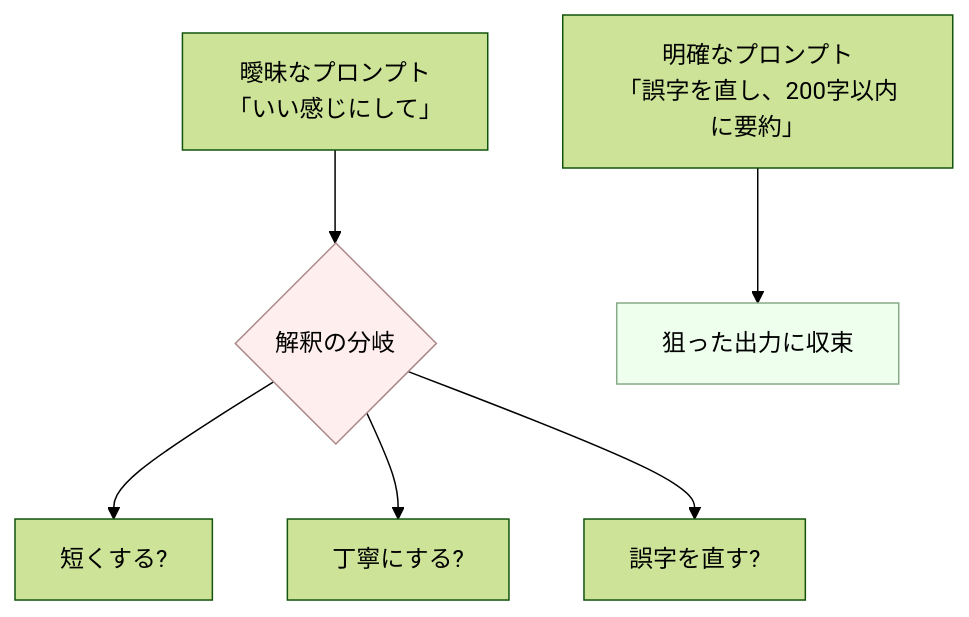
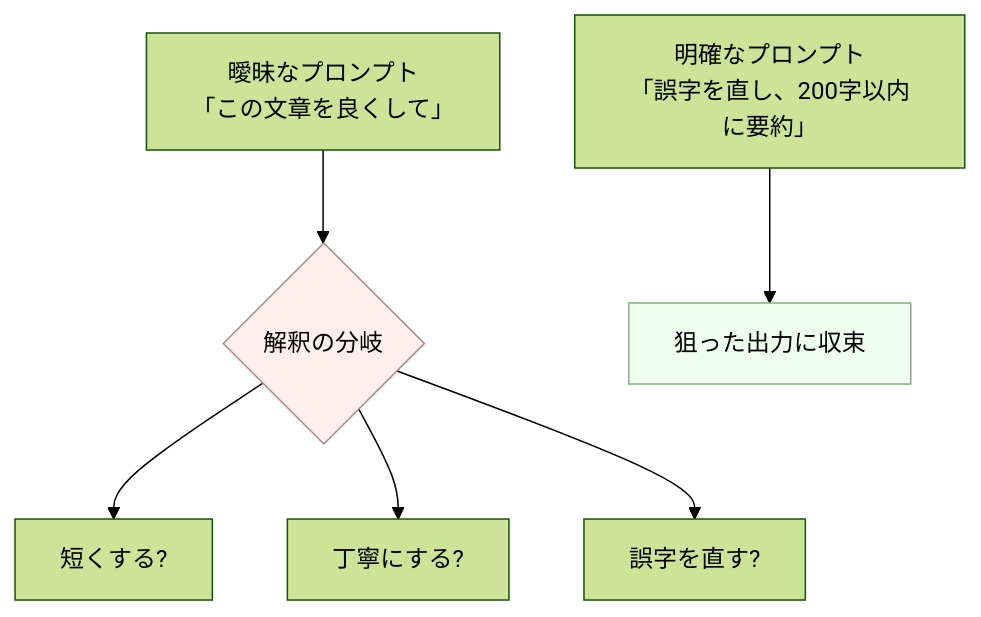
Before and after one commit to RikiFukushima/textbook-gen: the diagram in textbooks/prompt-engineering/curriculums/main/chapters/01/sections/02-ambiguity-is-the-enemy.md, drawn with Mermaid (forest theme). The commit also changed 2 other files, not shown here.

Commit message:
Polish review nits: align diagram label, clarify explanation, refine anchor
- ch01-02: match Mermaid node label to the running body example
  「この文章を良くして」 (keep 「いい感じに」 as an intentional vague-verb example)
- q04-06: explain why temperature 0 makes majority voting meaningless
- q06-05: re-anchor source_ref to 「技芸そのものは変わりません」, which
  directly grounds why the correct (false) option is wrong

https://claude.ai/code/session_011uVs1Xw4aookbFFdKtmEKw

````diff
--- a/textbooks/prompt-engineering/curriculums/main/chapters/01/sections/02-ambiguity-is-the-enemy.md
+++ b/textbooks/prompt-engineering/curriculums/main/chapters/01/sections/02-ambiguity-is-the-enemy.md
@@ -44,10 +44,10 @@
 ```mermaid
 flowchart TD
-    A["曖昧なプロンプト<br/>「いい感じにして」"] --> B{解釈の分岐}
+    A["曖昧なプロンプト<br/>「この文章を良くして」"] --> B{解釈の分岐}
     B --> C[短くする?]
     B --> D[丁寧にする?]
     B --> E[誤字を直す?]
     A2["明確なプロンプト<br/>「誤字を直し、200字以内に要約」"] --> F[狙った出力に収束]
     style B fill:#fee,stroke:#a88
     style F fill:#efe,stroke:#8a8
 ```
````
